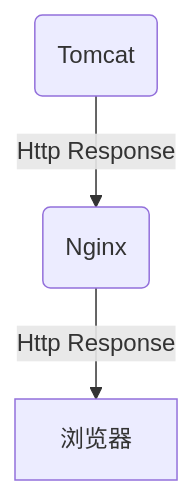
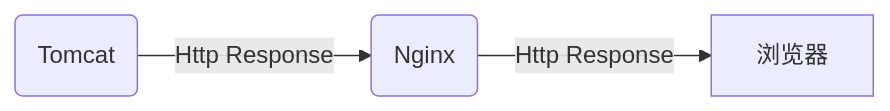
The second of 3 diagrams in programming-tech/http-浏览器缓存/01-浏览器请求-渲染的流程-回流重绘.md (huiruo/programming-tech-website), drawn with Mermaid before and after one commit. The commit also changed other lines of this file and 7 other files, not shown here.

````diff
--- a/programming-tech/http-浏览器缓存/01-浏览器请求-渲染的流程-回流重绘.md
+++ b/programming-tech/http-浏览器缓存/01-浏览器请求-渲染的流程-回流重绘.md
@@ -257,4 +102,4 @@
 ```mermaid
-flowchart TD
+flowchart LR
 A1(Tomcat)--Http Response-->A2(Nginx )--Http Response-->浏览器
 ```
````
